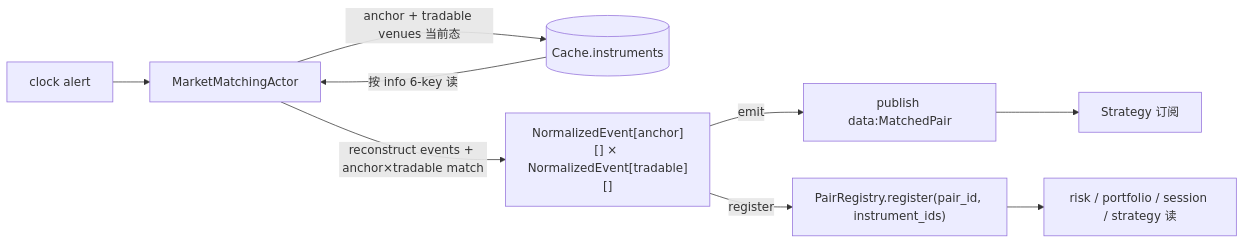
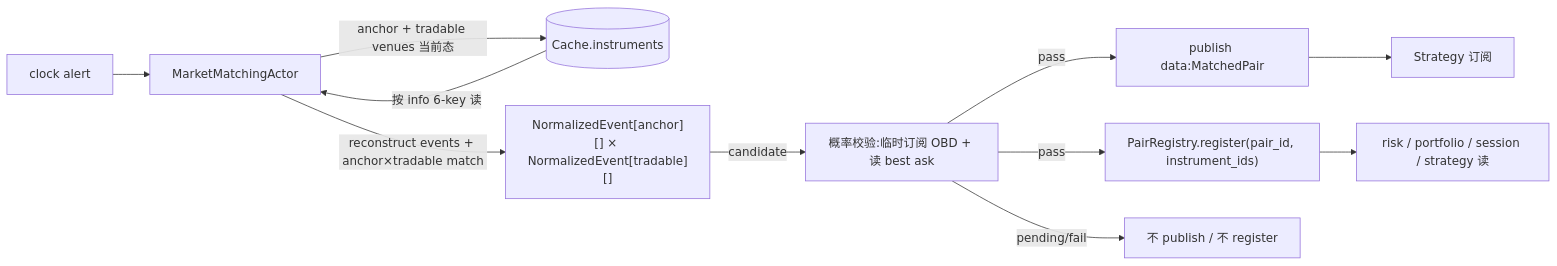
The first of 2 diagrams in docs/arbitrage/architectures/matching/architecture.md (psnewer/nautilus_trader), drawn with Mermaid before and after one commit. The commit also changed other lines of this file and 3 other files, not shown here.

````diff
--- a/docs/arbitrage/architectures/matching/architecture.md
+++ b/docs/arbitrage/architectures/matching/architecture.md
@@ -38,11 +38,13 @@
 ```mermaid
 flowchart LR
   T["clock alert"] --> MA[MarketMatchingActor]
   MA -->|anchor + tradable venues 当前态| C[(Cache.instruments)]
   C -->|按 info 6-key 读| MA
   MA -->|reconstruct events + anchor×tradable match| MATCH["NormalizedEvent[anchor][] × NormalizedEvent[tradable][]"]
-  MATCH -->|emit| EV["publish data:MatchedPair"]
-  MATCH -->|register| REG["PairRegistry.register(pair_id, instrument_ids)"]
+  MATCH -->|candidate| PV["概率校验:临时订阅 OBD + 读 best ask"]
+  PV -->|pass| EV["publish data:MatchedPair"]
+  PV -->|pass| REG["PairRegistry.register(pair_id, instrument_ids)"]
+  PV -->|pending/fail| HOLD["不 publish / 不 register"]
   REG --> RPS["risk / portfolio / session / strategy 读"]
   EV --> ST[Strategy 订阅]
 ```
````
